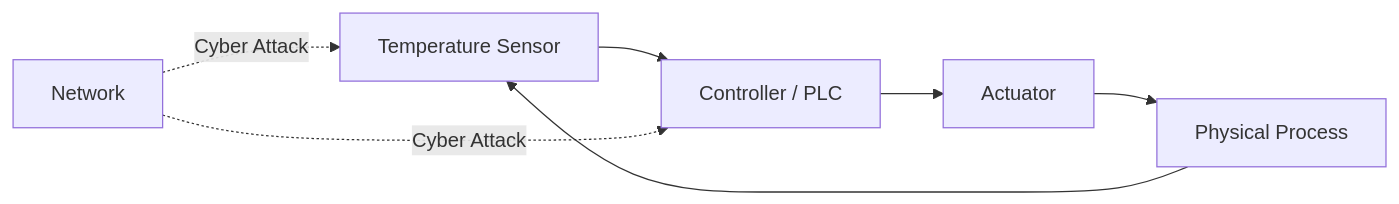
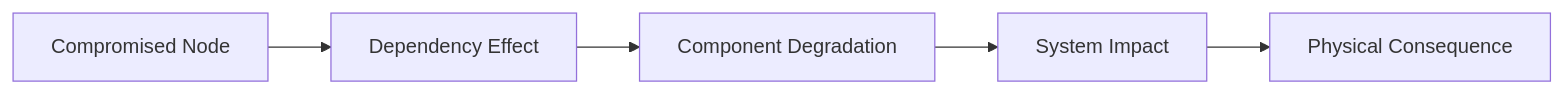
One commit to Anushree401/DT-CyberTwin changed the eighth of 12 diagrams in README.md. Above: the diagram before and after it, drawn with Mermaid. The commit also changed other lines of this file, not shown here.

````diff
--- a/README.md
+++ b/README.md
@@ -138,10 +360,9 @@
 ```mermaid
 flowchart LR
-    S[Temperature Sensor] --> C[Controller / PLC]
-    C --> A[Actuator]
-    A --> P[Physical Process]
-    P --> S
 
-    N[Network] -. Cyber Attack .-> S
-    N -. Cyber Attack .-> C
+    A[Compromised Node]
+    --> B[Dependency Effect]
+    --> C[Component Degradation]
+    --> D[System Impact]
+    --> E[Physical Consequence]
 ```
````
